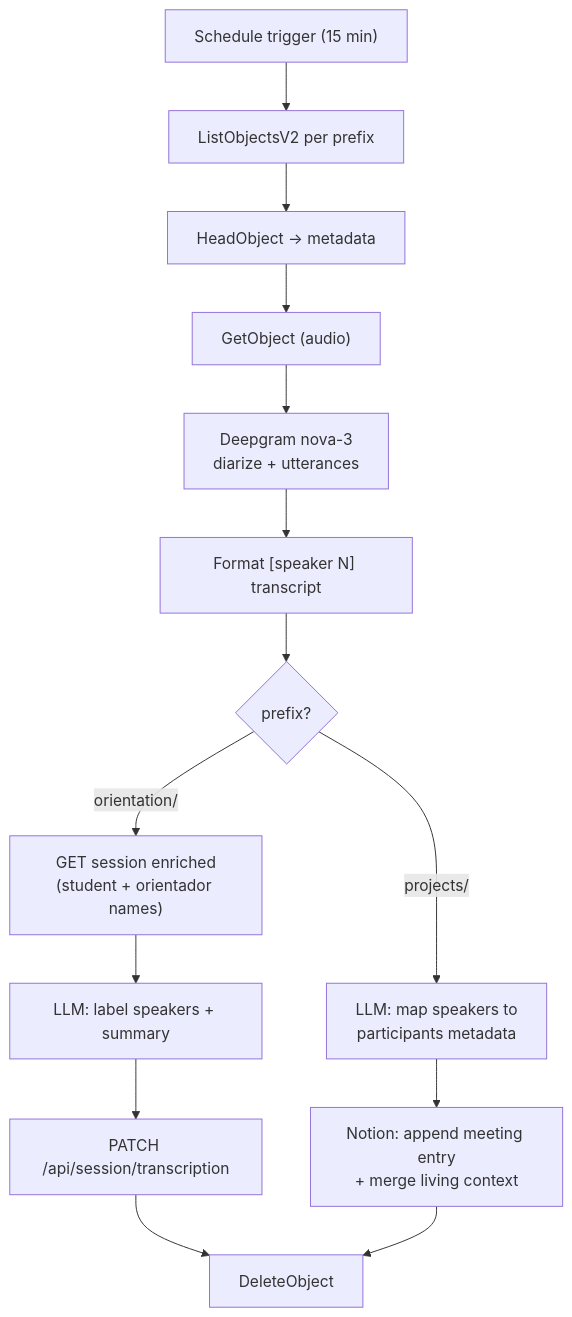
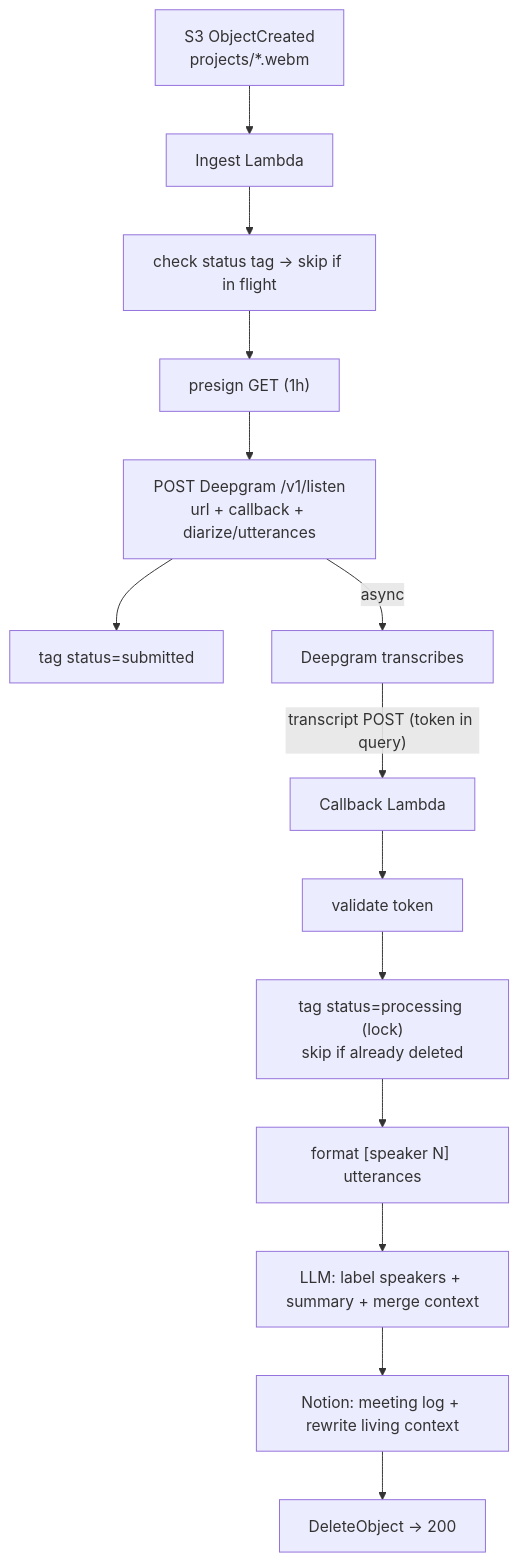
The second of 2 diagrams in spec.md (filadd/chrome-recorder), drawn with Mermaid before and after one commit. The commit also changed other lines of this file and 39 other files, not shown here.

First line of the commit message:
feat: event-driven AWS transcription pipeline; drop orientation profile

````diff
--- a/spec.md
+++ b/spec.md
@@ -193,16 +181,16 @@
 ```mermaid
 flowchart TD
-    T["Schedule trigger (15 min)"] --> L["ListObjectsV2 per prefix"]
-    L --> H["HeadObject → metadata"]
-    H --> G["GetObject (audio)"]
-    G --> D["Deepgram nova-3<br/>diarize + utterances"]
-    D --> F["Format [speaker N] transcript"]
-    F --> O{"prefix?"}
-    O -->|"orientation/"| S1["GET session enriched<br/>(student + orientador names)"]
-    S1 --> S2["LLM: label speakers + summary"]
-    S2 --> S3["PATCH /api/session/transcription"]
-    O -->|"projects/"| P1["LLM: map speakers to<br/>participants metadata"]
-    P1 --> P2["Notion: append meeting entry<br/>+ merge living context"]
-    S3 --> DEL["DeleteObject"]
-    P2 --> DEL
+    OC["S3 ObjectCreated<br/>projects/*.webm"] --> ING["Ingest Lambda"]
+    ING --> M1["check status tag → skip if in flight"]
+    M1 --> PS["presign GET (1h)"]
+    PS --> SUB["POST Deepgram /v1/listen<br/>url + callback + diarize/utterances"]
+    SUB --> TAG1["tag status=submitted"]
+    SUB -->|"async"| DG["Deepgram transcribes"]
+    DG -->|"transcript POST (token in query)"| CB["Callback Lambda"]
+    CB --> V["validate token"]
+    V --> LK["tag status=processing (lock)<br/>skip if already deleted"]
+    LK --> F["format [speaker N] utterances"]
+    F --> P1["LLM: label speakers + summary + merge context"]
+    P1 --> P2["Notion: meeting log + rewrite living context"]
+    P2 --> DEL["DeleteObject → 200"]
 ```
````
